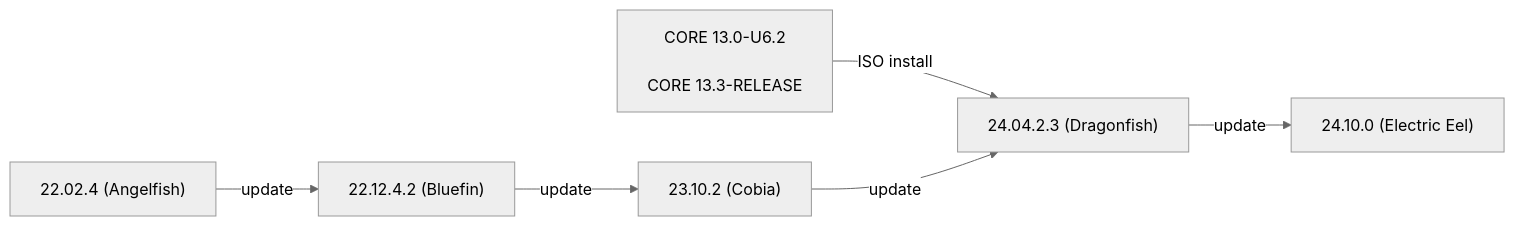
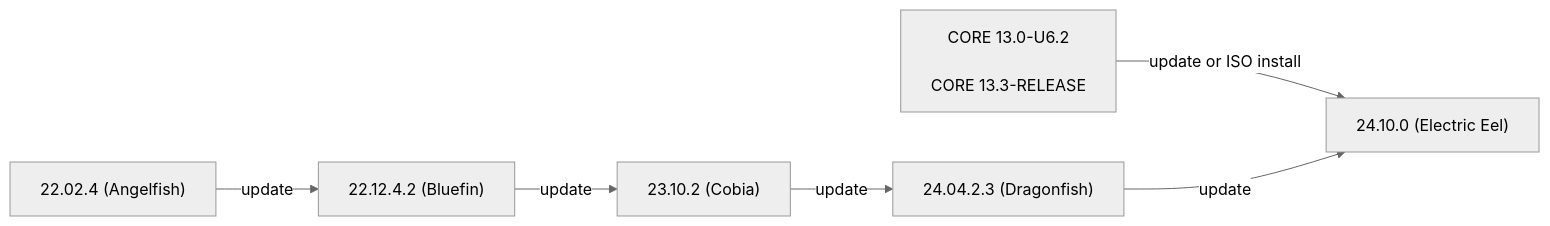
Before and after one commit to truenas/documentation: the first of 2 diagrams in static/includes/SCALEUpgradePaths.md, drawn with Mermaid (neutral theme). The commit also changed other lines of this file, not shown here.

```diff
--- a/static/includes/SCALEUpgradePaths.md
+++ b/static/includes/SCALEUpgradePaths.md
@@ -49,9 +49,9 @@
           {{< mermaid class="mermaid_sizing" >}}
           flowchart LR
             A["22.02.4 (Angelfish)"] -->|update| C
-            B["CORE 13.0-U6.2<br><br>CORE 13.3-RELEASE"] -->|ISO install| E
+            B["CORE 13.0-U6.2<br><br>CORE 13.3-RELEASE"] -->|update or ISO install| H
             C["22.12.4.2 (Bluefin)"] -->|update| D
             D["23.10.2 (Cobia)"] -->|update| E
             E["24.04.2.3 (Dragonfish)"] -->|update| H
             H["24.10.0 (Electric Eel)"]
           {{< /mermaid >}}
```
